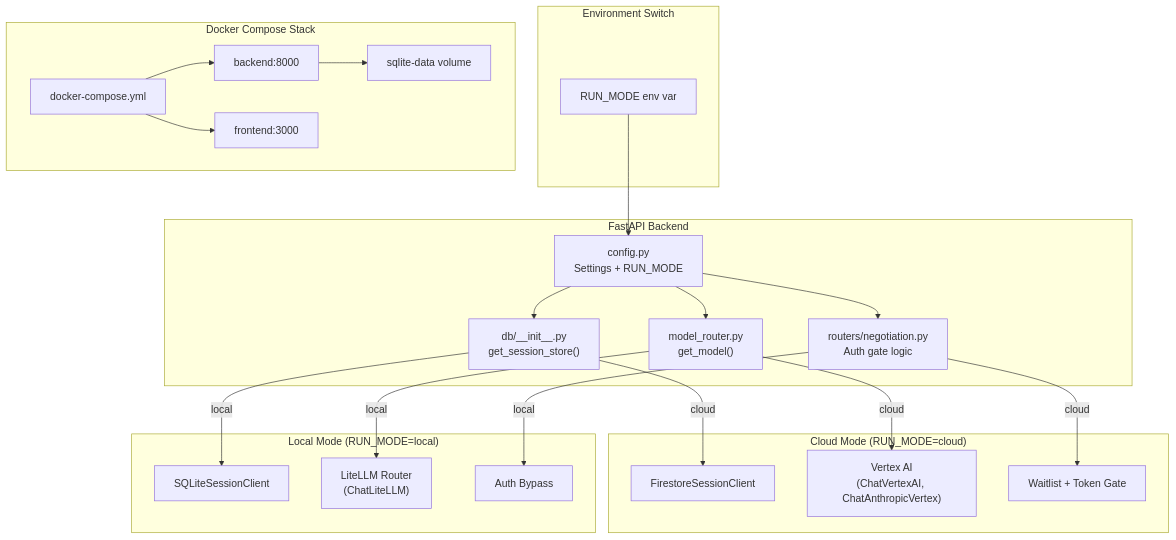
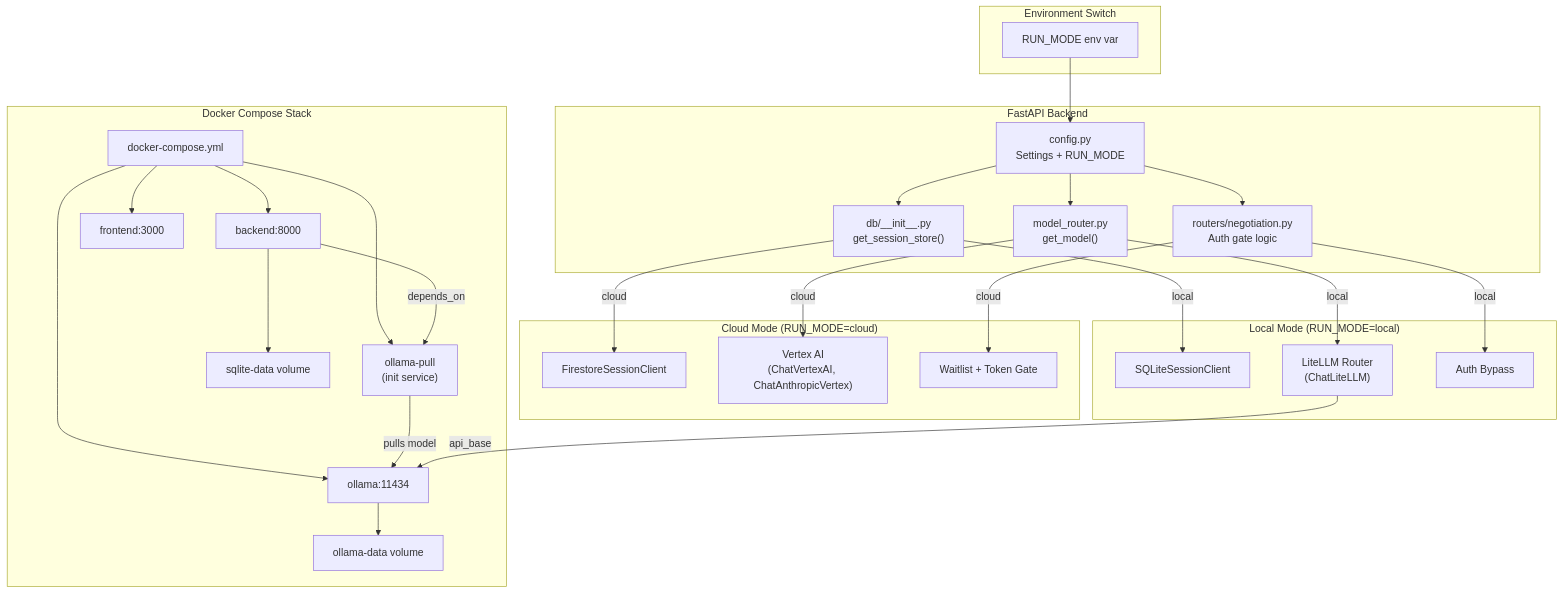
Before and after one commit to JuntoAI/JuntoAI-A2A: the first of 2 diagrams in .kiro/specs/080_a2a-local-battle-arena/design.md, drawn with Mermaid. The commit also changed other lines of this file and 9 other files, not shown here.

````diff
--- a/.kiro/specs/080_a2a-local-battle-arena/design.md
+++ b/.kiro/specs/080_a2a-local-battle-arena/design.md
@@ -21,48 +22,57 @@
 ```mermaid
 graph TB
     subgraph "Environment Switch"
         ENV["RUN_MODE env var"]
     end
 
     subgraph "FastAPI Backend"
         CONFIG["config.py<br/>Settings + RUN_MODE"]
         FACTORY["db/__init__.py<br/>get_session_store()"]
         ROUTER["model_router.py<br/>get_model()"]
         AUTH["routers/negotiation.py<br/>Auth gate logic"]
     end
 
     subgraph "Cloud Mode (RUN_MODE=cloud)"
         FS["FirestoreSessionClient"]
         VERTEX["Vertex AI<br/>(ChatVertexAI, ChatAnthropicVertex)"]
         GATE["Waitlist + Token Gate"]
     end
 
     subgraph "Local Mode (RUN_MODE=local)"
         SQLITE["SQLiteSessionClient"]
         LITELLM["LiteLLM Router<br/>(ChatLiteLLM)"]
         BYPASS["Auth Bypass"]
     end
 
     ENV --> CONFIG
     CONFIG --> FACTORY
     CONFIG --> ROUTER
     CONFIG --> AUTH
 
     FACTORY -->|cloud| FS
     FACTORY -->|local| SQLITE
     ROUTER -->|cloud| VERTEX
     ROUTER -->|local| LITELLM
     AUTH -->|cloud| GATE
     AUTH -->|local| BYPASS
 
     subgraph "Docker Compose Stack"
         DC["docker-compose.yml"]
         BE["backend:8000"]
         FE["frontend:3000"]
+        OLL["ollama:11434"]
+        PULL["ollama-pull<br/>(init service)"]
         VOL["sqlite-data volume"]
+        OVOL["ollama-data volume"]
     end
 
     DC --> BE
     DC --> FE
+    DC --> OLL
+    DC --> PULL
+    PULL -->|pulls model| OLL
+    BE -->|depends_on| PULL
     BE --> VOL
+    OLL --> OVOL
+    LITELLM -->|api_base| OLL
 ```
````
